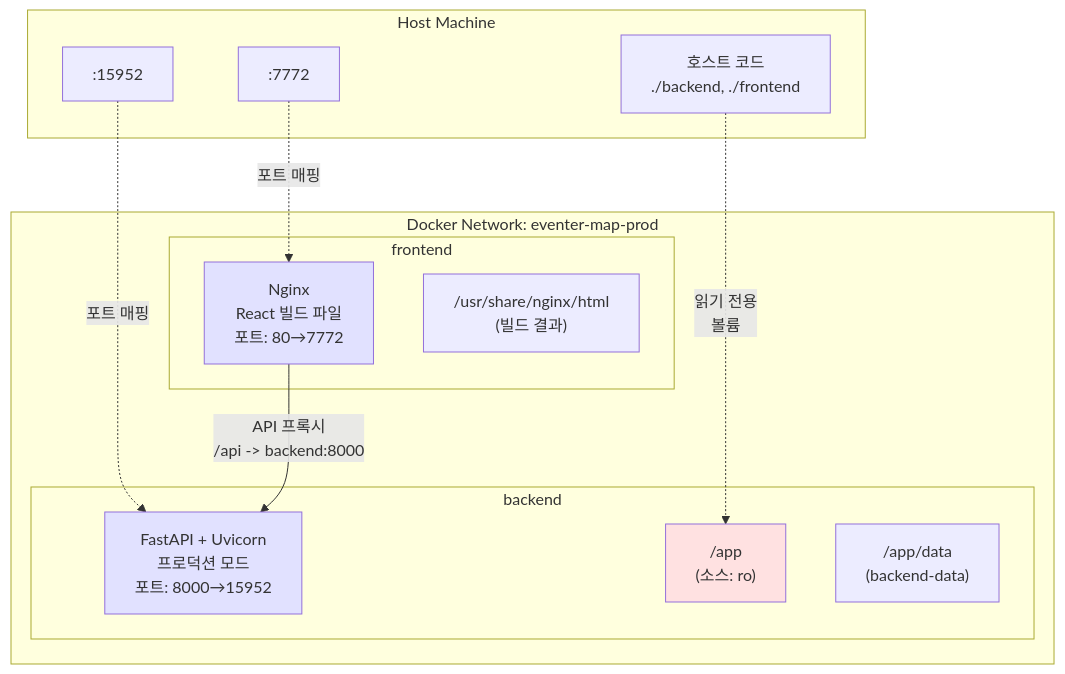
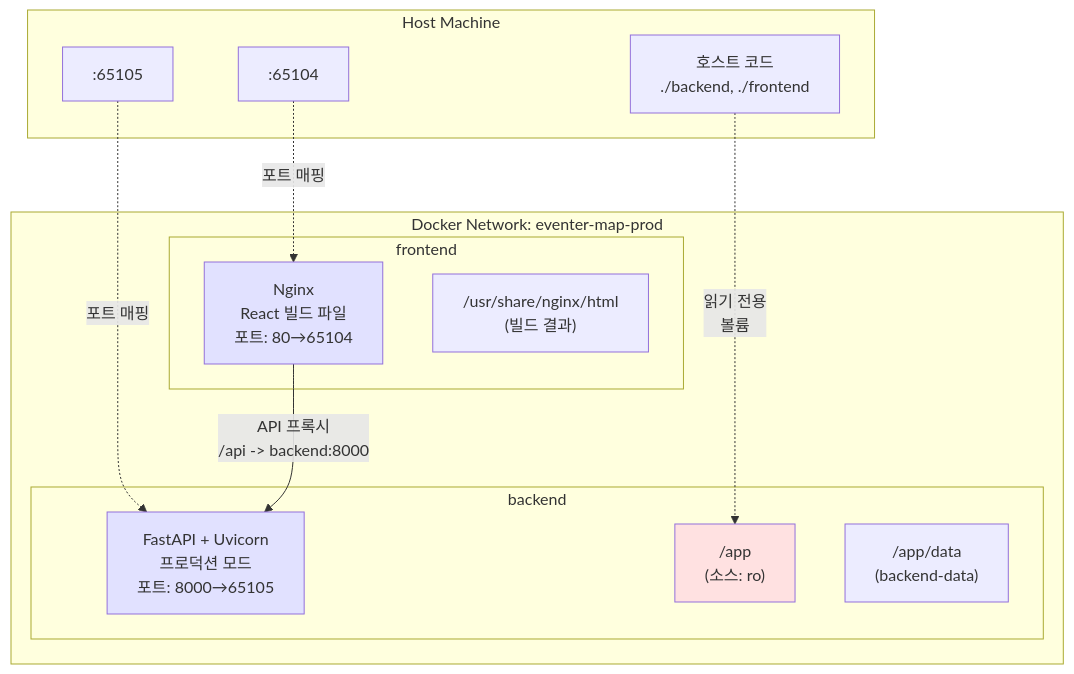
One commit to koanghun/eventer-map changed the second of 3 diagrams in docs/DOCKER_SETUP_GUIDE.md. Above: the diagram before and after it, drawn with Mermaid. The commit also changed other lines of this file and 4 other files, not shown here.

````diff
--- a/docs/DOCKER_SETUP_GUIDE.md
+++ b/docs/DOCKER_SETUP_GUIDE.md
@@ -65,32 +65,32 @@
 ```mermaid
 graph TB
     subgraph "Host Machine"
         HC[호스트 코드<br/>./backend, ./frontend]
-        HP1[":15952"]
-        HP2[":7772"]
+        HP1[":65105"]
+        HP2[":65104"]
     end
     
     subgraph "Docker Network: eventer-map-prod"
         subgraph "backend"
-            BE["FastAPI + Uvicorn<br/>프로덕션 모드<br/>포트: 8000→15952"]
+            BE["FastAPI + Uvicorn<br/>프로덕션 모드<br/>포트: 8000→65105"]
             BV1["/app<br/>(소스: ro)"]
             BV2["/app/data<br/>(backend-data)"]
         end
         
         subgraph "frontend"
-            FE["Nginx<br/>React 빌드 파일<br/>포트: 80→7772"]
+            FE["Nginx<br/>React 빌드 파일<br/>포트: 80→65104"]
             FV1["/usr/share/nginx/html<br/>(빌드 결과)"]
         end
     end
     
     HC -.->|읽기 전용<br/>볼륨| BV1
     
     HP1 -.->|포트 매핑| BE
     HP2 -.->|포트 매핑| FE
     
     FE -->|API 프록시<br/>/api -> backend:8000| BE
     
     style BE fill:#e1e1ff
     style FE fill:#e1e1ff
     style BV1 fill:#ffe1e1
 ```
````
